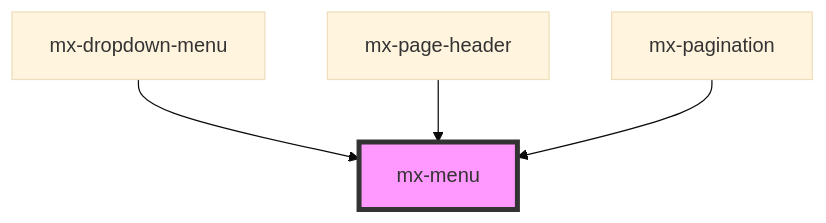
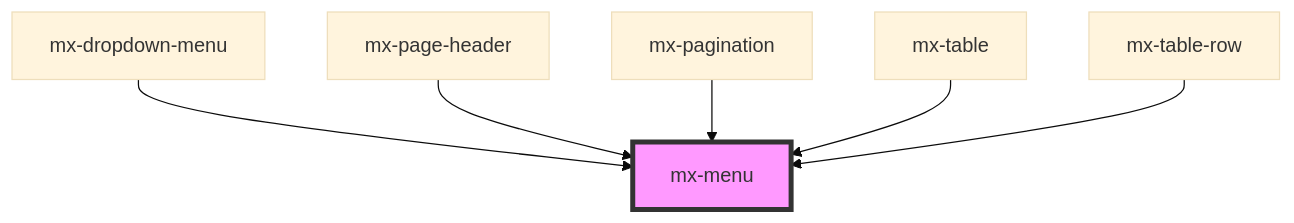
The diagram in src/components/mx-menu/readme.md (kevinleedrum/mds), drawn with Mermaid (base theme) before and after one commit. The commit also changed other lines of this file and 448 other files, not shown here.

````diff
--- a/src/components/mx-menu/readme.md
+++ b/src/components/mx-menu/readme.md
@@ -57,7 +59,9 @@
 ```mermaid
 graph TD;
   mx-dropdown-menu --> mx-menu
   mx-page-header --> mx-menu
   mx-pagination --> mx-menu
+  mx-table --> mx-menu
+  mx-table-row --> mx-menu
   style mx-menu fill:#f9f,stroke:#333,stroke-width:4px
 ```
````
